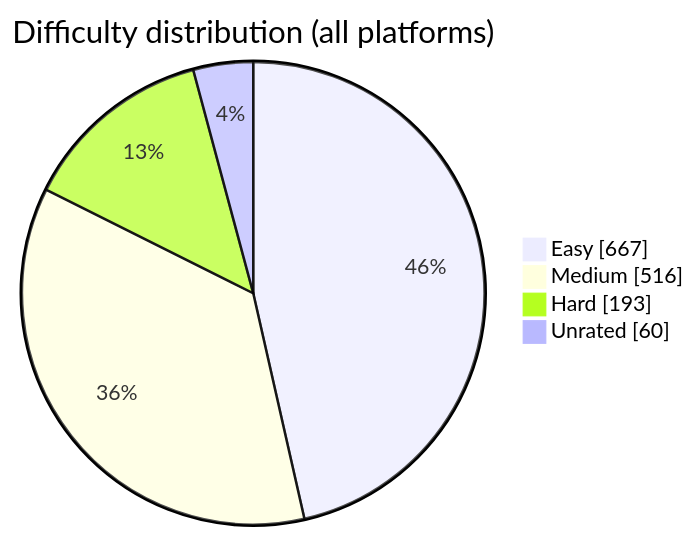
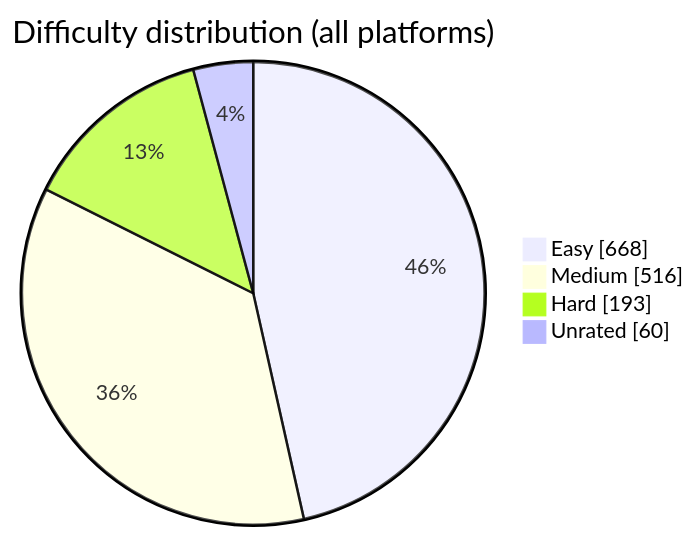
One commit to BuildbyArindam/Daily-Coding-Log changed the diagram in README.md. Above: the diagram before and after it, drawn with Mermaid. The commit also changed other lines of this file, not shown here.

````diff
--- a/README.md
+++ b/README.md
@@ -93,7 +93,7 @@
 ```mermaid
 pie showData title Difficulty distribution (all platforms)
-    "Easy" : 667
+    "Easy" : 668
     "Medium" : 516
     "Hard" : 193
     "Unrated" : 60
 ```
````
